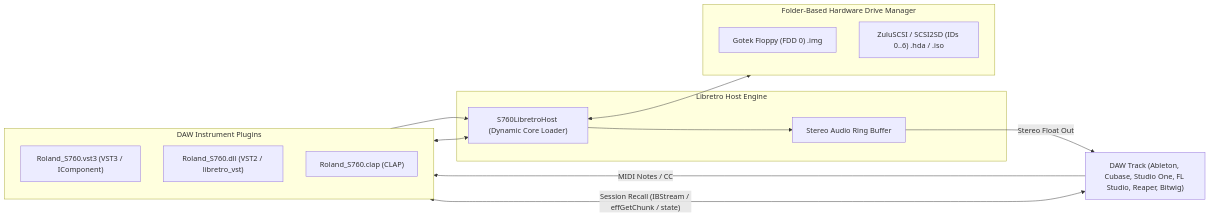
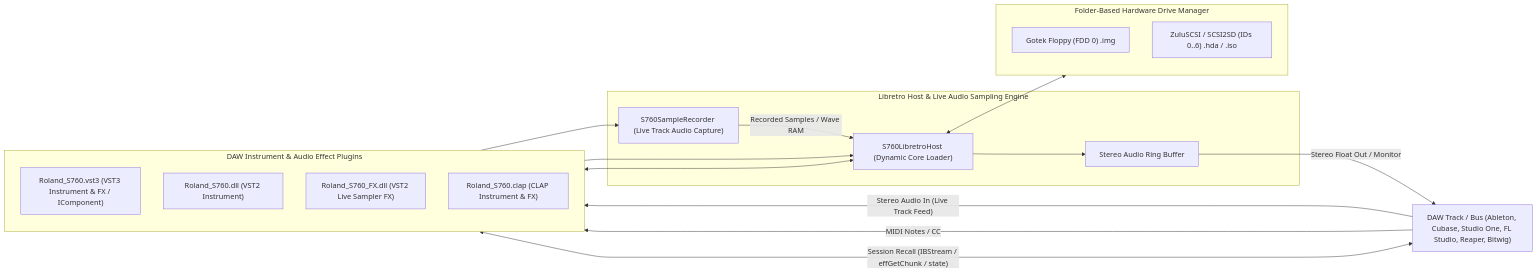
One commit to JefroB/s760-Emulator changed the diagram in README.md. Above: the diagram before and after it, drawn with Mermaid. The commit also changed other lines of this file and 20 other files, not shown here.

Commit message:
feat: add VST/CLAP Audio Effect (FX) plugin targets and live audio sampling engine with threshold and MIDI triggers

````diff
--- a/README.md
+++ b/README.md
@@ -226,25 +226,29 @@
 ```mermaid
 flowchart LR
-    DAW["DAW Track (Ableton, Cubase, Studio One, FL Studio, Reaper, Bitwig)"]
+    DAW["DAW Track / Bus (Ableton, Cubase, Studio One, FL Studio, Reaper, Bitwig)"]
     
-    subgraph Plugins ["DAW Instrument Plugins"]
-        VST3["Roland_S760.vst3 (VST3 / IComponent)"]
-        VST2["Roland_S760.dll (VST2 / libretro_vst)"]
-        CLAP["Roland_S760.clap (CLAP)"]
+    subgraph Plugins ["DAW Instrument & Audio Effect Plugins"]
+        VST3["Roland_S760.vst3 (VST3 Instrument & FX / IComponent)"]
+        VST2_Inst["Roland_S760.dll (VST2 Instrument)"]
+        VST2_FX["Roland_S760_FX.dll (VST2 Live Sampler FX)"]
+        CLAP["Roland_S760.clap (CLAP Instrument & FX)"]
     end
 
-    subgraph Host ["Libretro Host Engine"]
+    subgraph Host ["Libretro Host & Live Audio Sampling Engine"]
         CoreLoader["S760LibretroHost (Dynamic Core Loader)"]
+        Recorder["S760SampleRecorder (Live Track Audio Capture)"]
         AudioRing["Stereo Audio Ring Buffer"]
     end
 
     subgraph Drives ["Folder-Based Hardware Drive Manager"]
         FDD["Gotek Floppy (FDD 0) .img"]
         SCSI["ZuluSCSI / SCSI2SD (IDs 0..6) .hda / .iso"]
     end
 
+    DAW -->|"Stereo Audio In (Live Track Feed)"| Plugins --> Recorder
     DAW -->|"MIDI Notes / CC"| Plugins --> CoreLoader
-    CoreLoader --> AudioRing -->|"Stereo Float Out"| DAW
+    Recorder -->|"Recorded Samples / Wave RAM"| CoreLoader
+    CoreLoader --> AudioRing -->|"Stereo Float Out / Monitor"| DAW
     DAW <-->|"Session Recall (IBStream / effGetChunk / state)"| Plugins <--> CoreLoader
     CoreLoader <--> Drives
 ```
````
